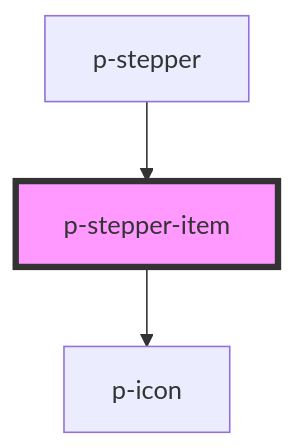
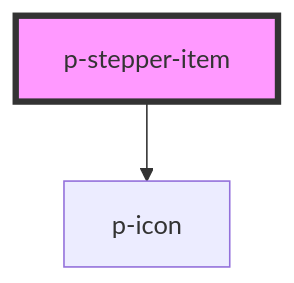
Before and after one commit to Employes/paperless: the diagram in packages/core/src/components/atoms/stepper-item/readme.md, drawn with Mermaid. The commit also changed other lines of this file and 5 other files, not shown here.

````diff
--- a/packages/core/src/components/atoms/stepper-item/readme.md
+++ b/packages/core/src/components/atoms/stepper-item/readme.md
@@ -36,6 +32,5 @@
 ```mermaid
 graph TD;
   p-stepper-item --> p-icon
-  p-stepper --> p-stepper-item
   style p-stepper-item fill:#f9f,stroke:#333,stroke-width:4px
 ```
````
